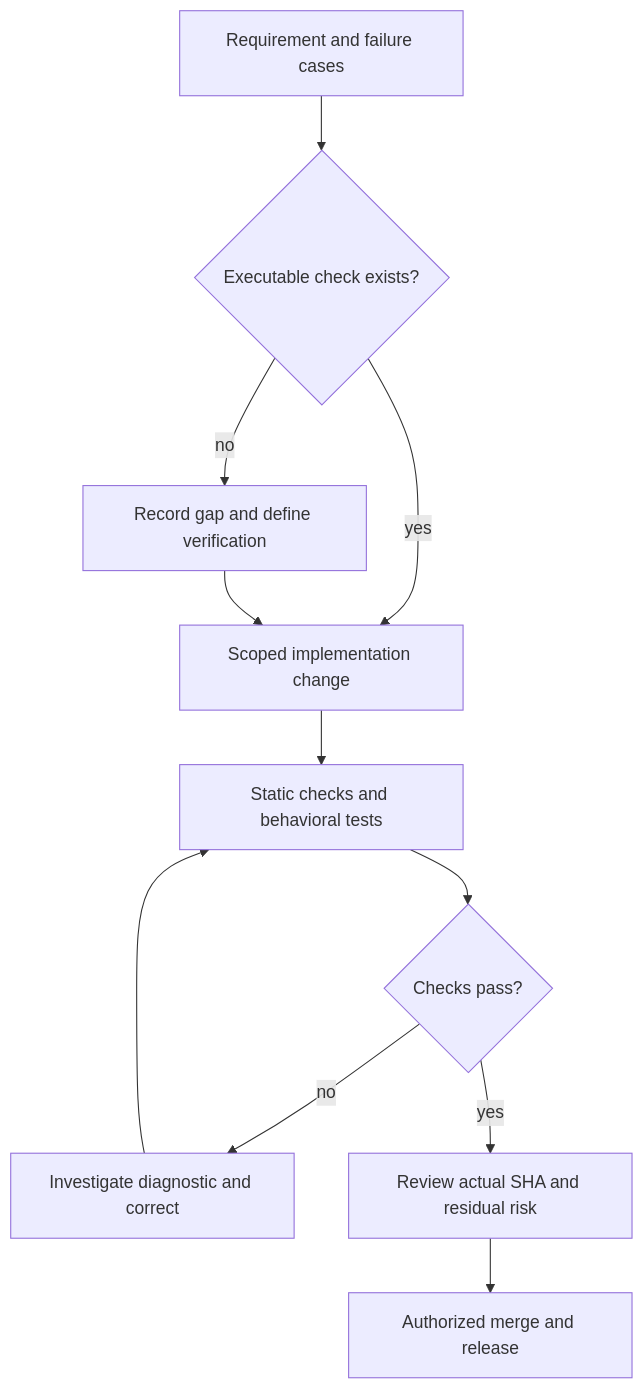
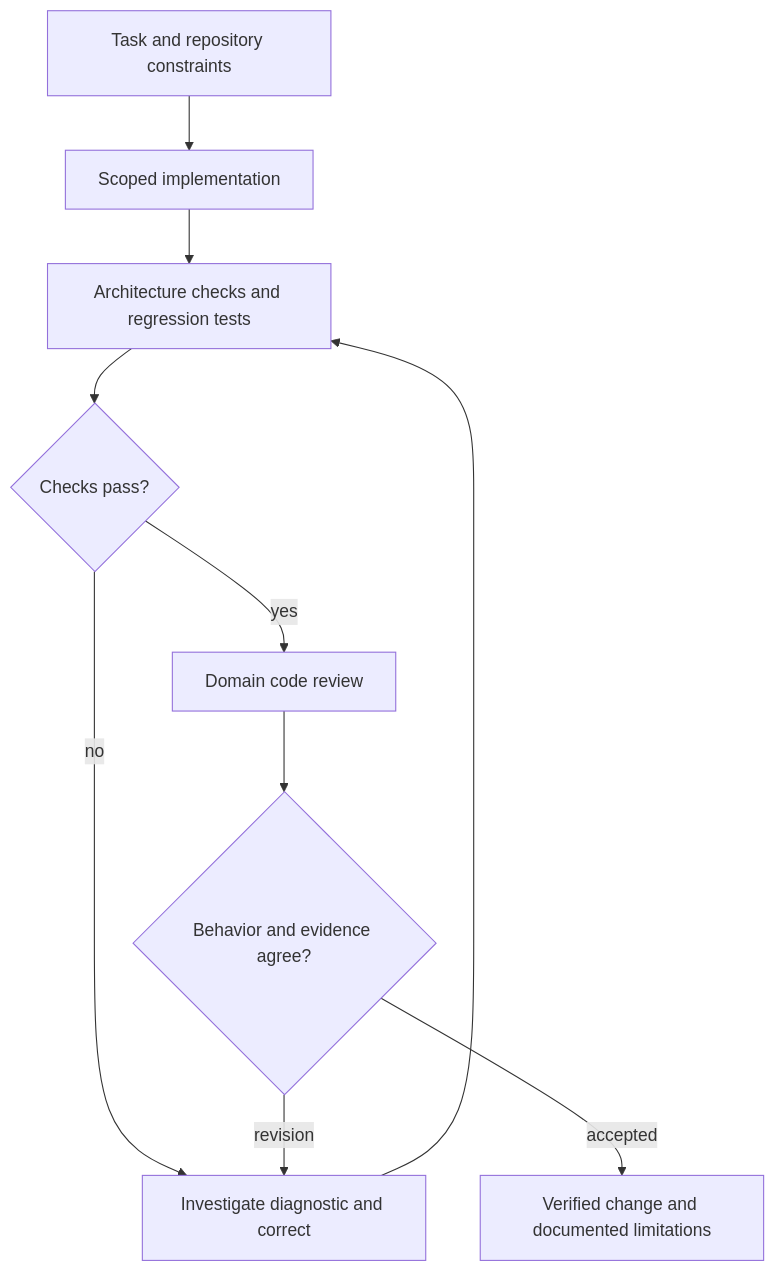
Before and after one commit to Demon5611/AI-Music-Showcase: the third of 3 diagrams in README.md, drawn with Mermaid. The commit also changed other lines of this file, not shown here.

Commit message:
docs: describe configured AI workflow and separate domain code review

````diff
--- a/README.md
+++ b/README.md
@@ -188,13 +169,12 @@
 ```mermaid
 flowchart TD
-    Requirement["Requirement and failure cases"] --> Evidence{"Executable check exists?"}
-    Evidence -->|"yes"| Change["Scoped implementation change"]
-    Evidence -->|"no"| Gap["Record gap and define verification"]
-    Gap --> Change
-    Change --> Verify["Static checks and behavioral tests"]
-    Verify --> Result{"Checks pass?"}
-    Result -->|"no"| Fix["Investigate diagnostic and correct"]
-    Fix --> Verify
-    Result -->|"yes"| Review["Review actual SHA and residual risk"]
-    Review --> Release["Authorized merge and release"]
+    Context["Task and repository constraints"] --> Change["Scoped implementation"]
+    Change --> Checks["Architecture checks and regression tests"]
+    Checks --> Result{"Checks pass?"}
+    Result -->|"no"| Diagnose["Investigate diagnostic and correct"]
+    Diagnose --> Checks
+    Result -->|"yes"| Review["Domain code review"]
+    Review --> Decision{"Behavior and evidence agree?"}
+    Decision -->|"revision"| Diagnose
+    Decision -->|"accepted"| Complete["Verified change and documented limitations"]
 ```
````
